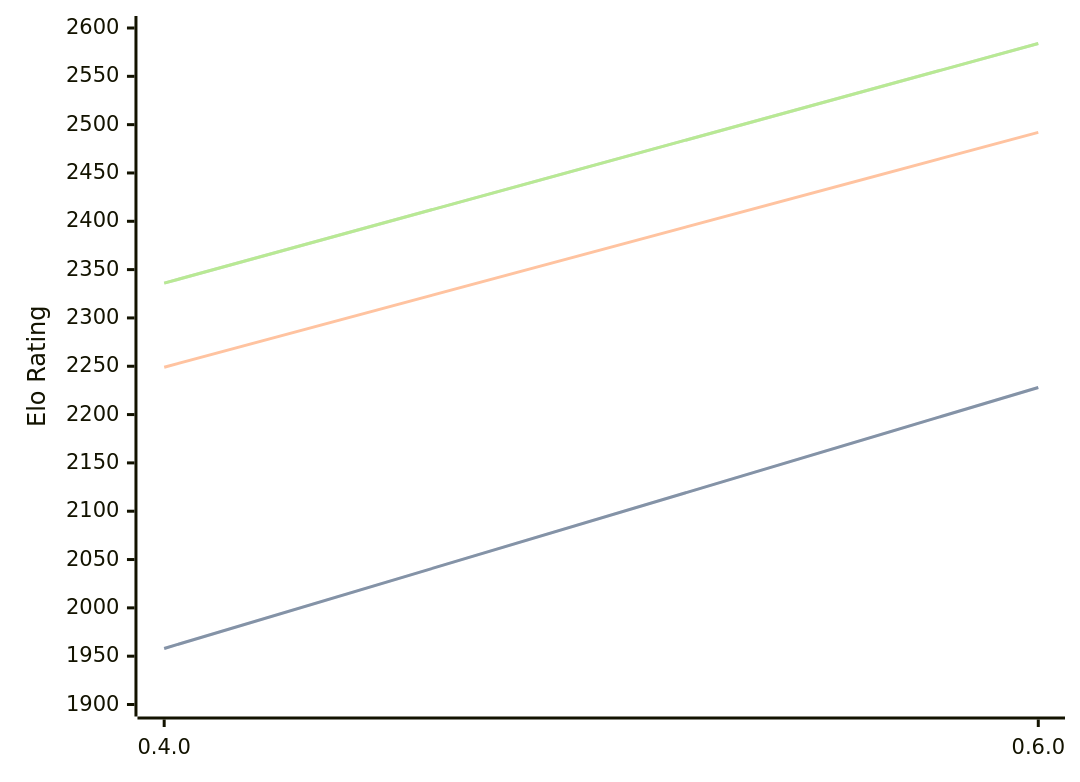
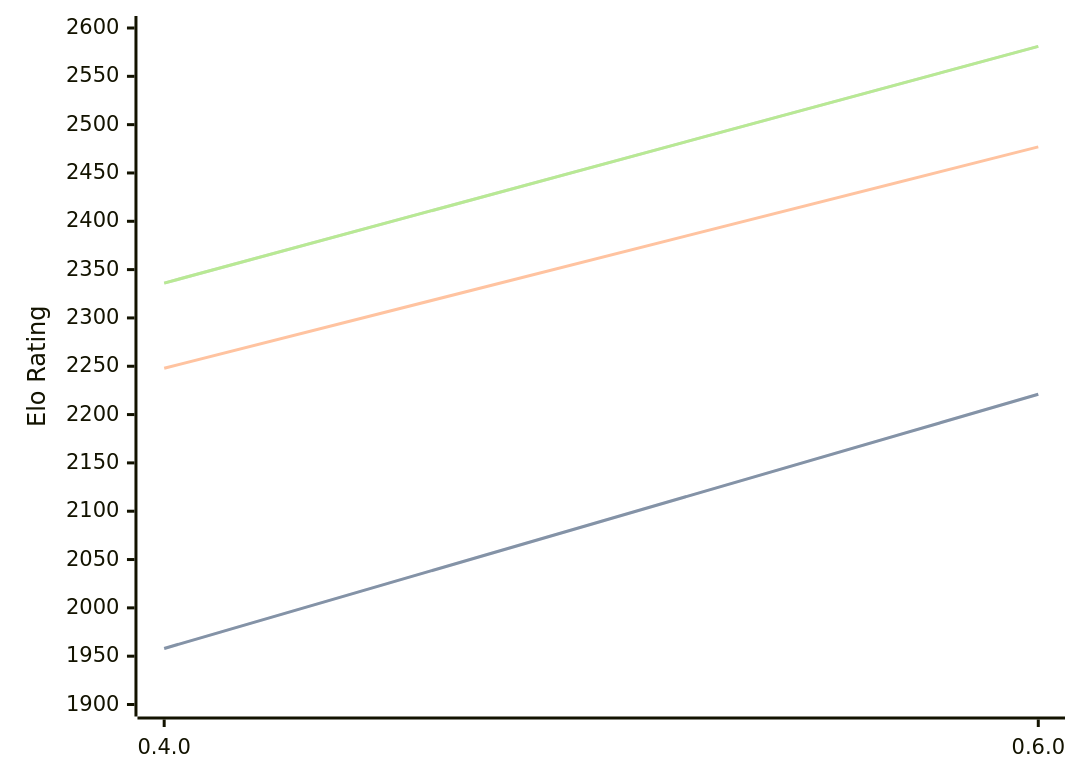
One commit to computer-chess-index/cci changed the diagram in engines/Ariadne.md. Above: the diagram before and after it, drawn with Mermaid. The commit also changed other lines of this file, not shown here.

Commit message:
Update CCI Ratings (ELO VLTC) - 2026-09-03

````diff
--- a/engines/Ariadne.md
+++ b/engines/Ariadne.md
@@ -36,11 +36,11 @@
 ```mermaid
 %%{init: {"theme":"base","themeVariables":{"seriesColors:['#a3a3a3','#222221','#faa371']}}}%%
 xychart-beta
   x-axis ["0.4.0", "0.6.0"]
   y-axis "Elo Rating" 1900 --> 2600
-  line "" [1958, 2228]
-  line "STC (8.0+0.08s)" [1958, 2228]
-  line "LTC (60.0+0.60s)" [2249, 2492]
-  line "" [2336, 2584]
-  line "VLTC (2m24s+1.12s)" [2336, 2584]
+  line "" [1958, 2221]
+  line "STC (8.0+0.08s)" [1958, 2221]
+  line "LTC (60.0+0.60s)" [2248, 2477]
+  line "" [2336, 2581]
+  line "VLTC (2m24s+1.12s)" [2336, 2581]
 ```
````
